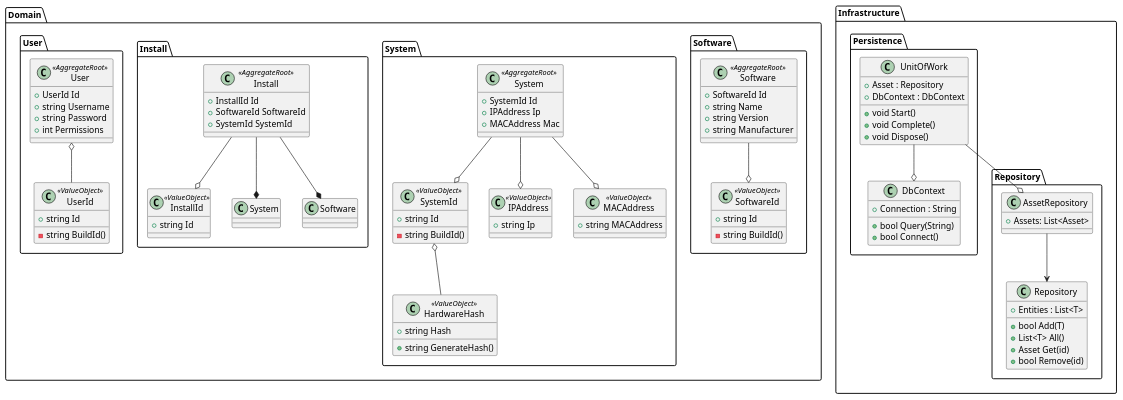
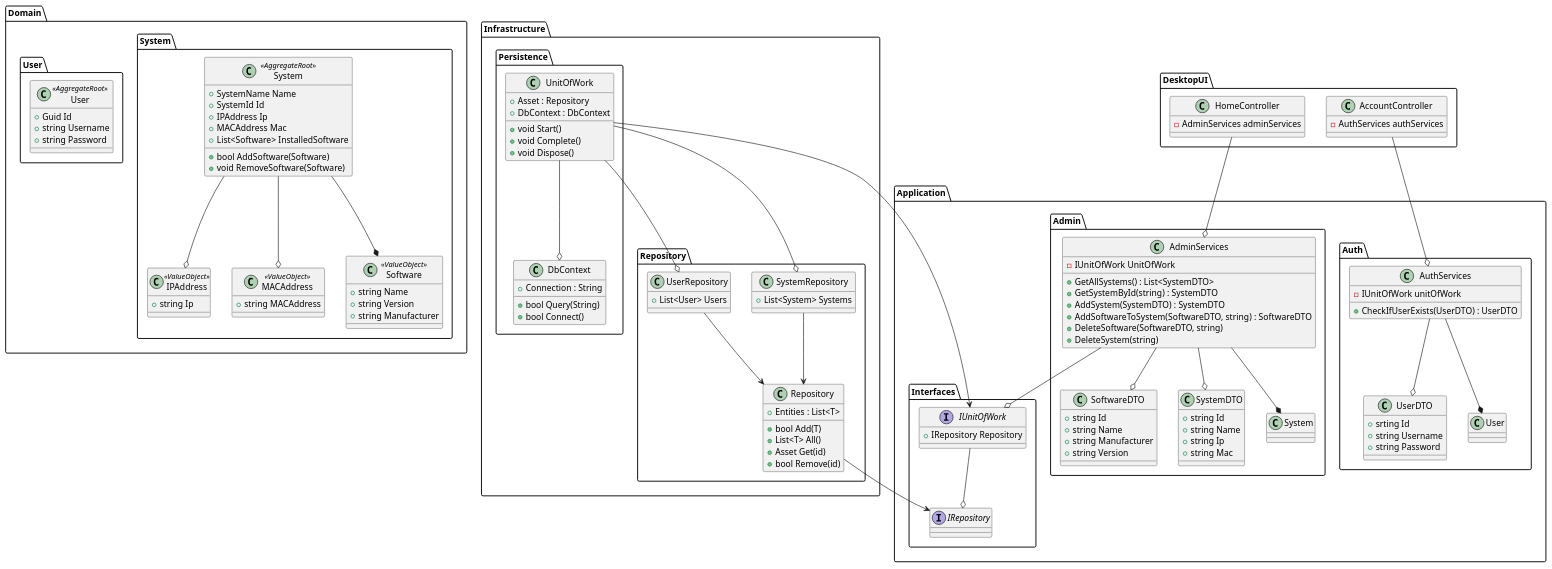
One commit to cbryce996/asset-management changed the diagram in docs/Models/Model.puml. Above: the diagram before and after it, drawn with PlantUML. The commit also changed 79 other files, not shown here.

Commit message:
Auth fix, final UI changes, Diagram Changes

```diff
--- a/docs/Models/Model.puml
+++ b/docs/Models/Model.puml
@@ -1,138 +1,185 @@
 @startuml
 
 package Domain {
 
-package Software {
+    package System {
 
-Software --o SoftwareId
+        System --o IPAddress
+        System --o MACAddress
+        System --* Software
 
-class Software <<AggregateRoot>> {
- + SoftwareId Id
- + string Name
- + string Version
- + string Manufacturer
-}
+        class System <<AggregateRoot>> {
+            + SystemName Name
+            + SystemId Id
+            + IPAddress Ip
+            + MACAddress Mac
+            + List<Software> InstalledSoftware
+            + bool AddSoftware(Software)
+            + void RemoveSoftware(Software)
+        }
 
- class SoftwareId <<ValueObject>> {
- + string Id
- - string BuildId()
- }
+        class IPAddress <<ValueObject>> {
+            + string Ip
+        }
+
+        class MACAddress <<ValueObject>> {
+            + string MACAddress
+        }
+
+        class Software <<ValueObject>> {
+            + string Name
+            + string Version
+            + string Manufacturer
+        }
+
+    }
+
+    package User {
+
+        class User <<AggregateRoot>> {
+            + Guid Id
+            + string Username
+            + string Password
+        }
+
+    }
 
 }
 
-package System {
+package Application {
 
-class HardwareHash <<ValueObject>> {
- + string Hash
- + string GenerateHash()
-}
+     package Auth {
 
+        AuthServices --o UserDTO
+        AuthServices --* User
+        
+        class AuthServices {
+            - IUnitOfWork unitOfWork
+            + CheckIfUserExists(UserDTO) : UserDTO
+        }
 
-System --o SystemId
-System --o IPAddress
-System --o MACAddress
+        class UserDTO {
+            + srting Id
+            + string Username
+            + string Password
+        }
 
-class System <<AggregateRoot>> {
- + SystemId Id
- + IPAddress Ip
- + MACAddress Mac
-}
+    }
 
-SystemId o-- HardwareHash
+    package Interfaces {
 
-class SystemId <<ValueObject>> {
- + string Id
- - string BuildId()
-}
+        IUnitOfWork --o IRepository
 
-class IPAddress <<ValueObject>> {
- + string Ip
-}
+        interface IUnitOfWork {
+            + IRepository Repository
+        }
 
-class MACAddress <<ValueObject>> {
- + string MACAddress
-}
+        interface IRepository {
+
+        }
+
+    }
+
+    package Admin {
+
+        AdminServices --o SoftwareDTO
+        AdminServices --o SystemDTO
+        AdminServices --o IUnitOfWork
+        AdminServices --* System
+
+        class AdminServices {
+            - IUnitOfWork UnitOfWork
+            + GetAllSystems() : List<SystemDTO>
+            + GetSystemById(string) : SystemDTO
+            + AddSystem(SystemDTO) : SystemDTO
+            + AddSoftwareToSystem(SoftwareDTO, string) : SoftwareDTO
+            + DeleteSoftware(SoftwareDTO, string)
+            + DeleteSystem(string)
+        }
+
+        class SoftwareDTO {
+            + string Id
+            + string Name
+            + string Manufacturer
+            + string Version
+        }
+
+        class SystemDTO {
+            + string Id
+            + string Name
+            + string Ip
+            + string Mac
+        }
+
+    }
 
 }
 
-package Install {
+package DesktopUI {
 
-Install --o InstallId
-Install --* System
-Install --* Software
+    HomeController --o AdminServices
 
-class Install <<AggregateRoot>> {
- + InstallId Id
- + SoftwareId SoftwareId
- + SystemId SystemId
-}
+    class HomeController {
+        - AdminServices adminServices
+    }
 
-class InstallId <<ValueObject>> {
- + string Id
-}
+    AccountController --o AuthServices
 
-}
-
-package User {
-
-User o-- UserId
-
-class User <<AggregateRoot>> {
- + UserId Id
- + string Username
- + string Password
- + int Permissions
-}
-
-class UserId <<ValueObject>> {
- + string Id
- - string BuildId()
-}
-
-}
+    class AccountController {
+        - AuthServices authServices
+    }
 
 }
 
 package Infrastructure {
 
-package Repository {
+    package Repository {
 
-AssetRepository --> Repository
+        SystemRepository --> Repository
+        UserRepository --> Repository
 
-class AssetRepository {
- + Assets: List<Asset>
-}
+        class SystemRepository {
+            + List<System> Systems
+        }
 
-class Repository {
- + Entities : List<T>
- + bool Add(T)
- + List<T> All()
- + Asset Get(id)
- + bool Remove(id)
-}
+        class UserRepository {
+            + List<User> Users
+        }
 
-}
+        Repository --> IRepository
 
-package Persistence {
+        class Repository {
+            + Entities : List<T>
+            + bool Add(T)
+            + List<T> All()
+            + Asset Get(id)
+            + bool Remove(id)
+        }
 
-UnitOfWork --o DbContext
-UnitOfWork --o AssetRepository
+    }
 
-class UnitOfWork {
- + Asset : Repository
- + DbContext : DbContext
- + void Start()
- + void Complete()
- + void Dispose()
-}
+    package Persistence {
 
-class DbContext {
- + Connection : String
- + bool Query(String)
- + bool Connect()
-}
+        UnitOfWork --o DbContext
+        UnitOfWork --o SystemRepository
+        UnitOfWork --o UserRepository
+        UnitOfWork --> IUnitOfWork
 
-}
+        class UnitOfWork {
+            + Asset : Repository
+            + DbContext : DbContext
+            + void Start()
+            + void Complete()
+            + void Dispose()
+        }
+
+        class DbContext {
+            + Connection : String
+            + bool Query(String)
+            + bool Connect()
+        }
+
+    }
 
 }
 @enduml
```
